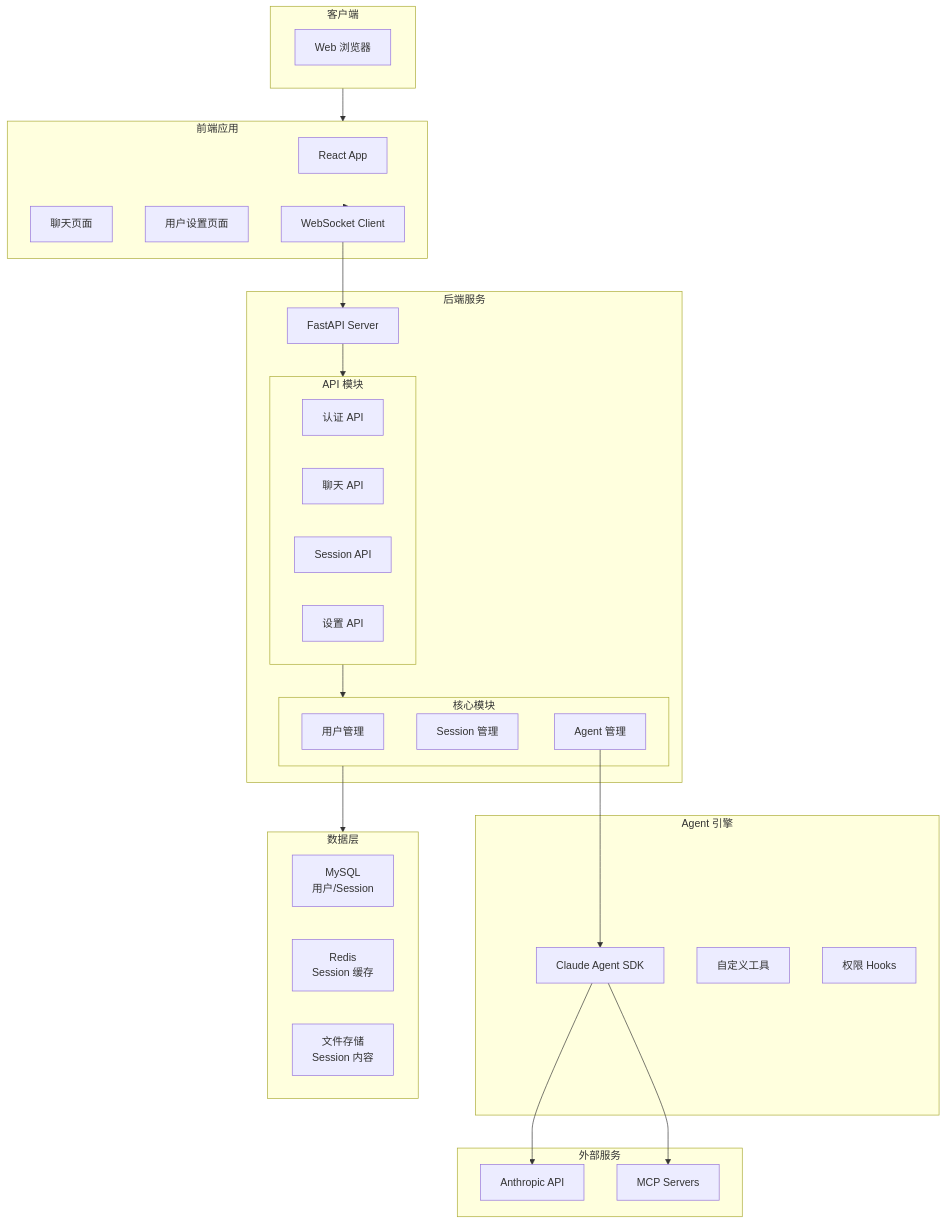
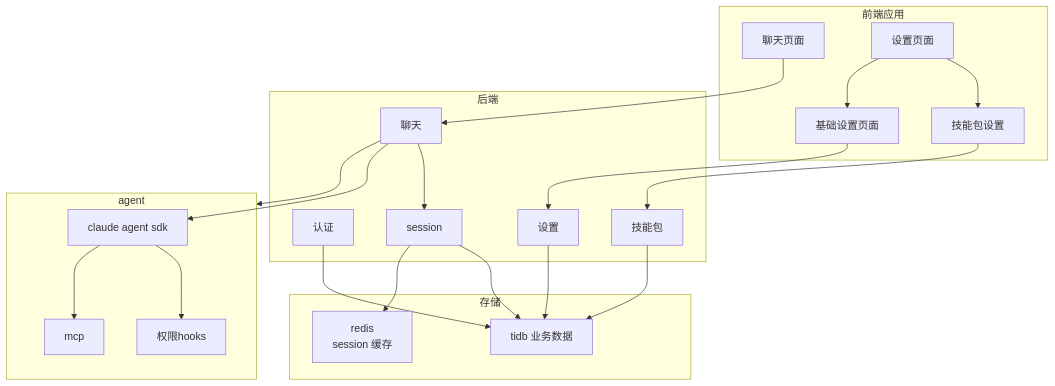
One commit to xiaocaipi/mm-doc changed the second of 20 diagrams in agent/agent_project_design_1.md. Above: the diagram before and after it, drawn with Mermaid. The commit also changed other lines of this file, not shown here.

````diff
--- a/agent/agent_project_design_1.md
+++ b/agent/agent_project_design_1.md
@@ -162,59 +174,46 @@
 ```mermaid
 flowchart TB
-    subgraph CLIENT["客户端"]
-        WEB["Web 浏览器"]
+    subgraph FRONTEND["前端应用"]
+        CHAT["聊天页面"]
+        SETTINGS["设置页面"]
+        SKILL_SETTINGS["技能包设置"]
+        BASE_SETTINGS["基础设置页面"]
     end
 
-    subgraph FRONTEND["前端应用"]
-        REACT["React App"]
-        CHAT_UI["聊天页面"]
-        SETTINGS_UI["用户设置页面"]
-        WS["WebSocket Client"]
+    subgraph BACKEND["后端"]
+        AUTH["认证"]
+        CHAT_API["聊天"]
+        SESSION["session"]
+        SETTINGS_API["设置"]
+        SKILLS["技能包"]
     end
 
-    subgraph BACKEND["后端服务"]
-        FASTAPI["FastAPI Server"]
-        
-        subgraph API_MODULES["API 模块"]
-            AUTH_API["认证 API"]
-            CHAT_API["聊天 API"]
-            SESSION_API["Session API"]
-            SETTINGS_API["设置 API"]
-        end
-        
-        subgraph CORE_MODULES["核心模块"]
-            USER_MGR["用户管理"]
-            SESSION_MGR["Session 管理"]
-            AGENT_MGR["Agent 管理"]
-        end
+    subgraph AGENT["agent"]
+        SDK["claude agent sdk"]
+        HOOKS["权限hooks"]
+        MCP["mcp"]
     end
 
-    subgraph AGENT_ENGINE["Agent 引擎"]
-        SDK["Claude Agent SDK"]
-        TOOLS["自定义工具"]
-        HOOKS["权限 Hooks"]
+    subgraph STORAGE["存储"]
+        TIDB["tidb 业务数据"]
+        REDIS["redis<br/>session 缓存"]
     end
 
-    subgraph DATA["数据层"]
-        MYSQL["MySQL<br/>用户/Session"]
-        REDIS["Redis<br/>Session 缓存"]
-        FILE["文件存储<br/>Session 内容"]
-    end
+    CHAT --> CHAT_API
+    SETTINGS --> SKILL_SETTINGS
+    SETTINGS --> BASE_SETTINGS
+    SKILL_SETTINGS --> SKILLS
+    BASE_SETTINGS --> SETTINGS_API
 
-    subgraph EXTERNAL["外部服务"]
-        ANTHROPIC["Anthropic API"]
-        MCP["MCP Servers"]
-    end
+    CHAT_API --> SESSION
+    CHAT_API --> AGENT
+    AUTH --> TIDB
+    SESSION --> TIDB
+    SESSION --> REDIS
+    SETTINGS_API --> TIDB
+    SKILLS --> TIDB
 
-    CLIENT --> FRONTEND
-    FRONTEND --> WS
-    WS --> FASTAPI
-    
-    FASTAPI --> API_MODULES
-    API_MODULES --> CORE_MODULES
-    
-    CORE_MODULES --> DATA
-    AGENT_MGR --> SDK
-    SDK --> ANTHROPIC
+    SDK --> HOOKS
     SDK --> MCP
+    CHAT_API --> SDK
 ```
````
